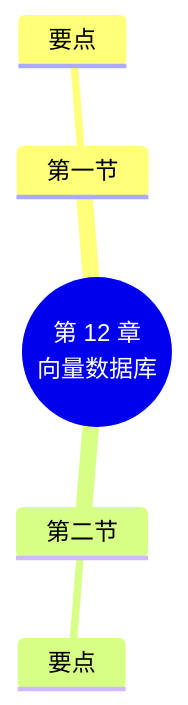
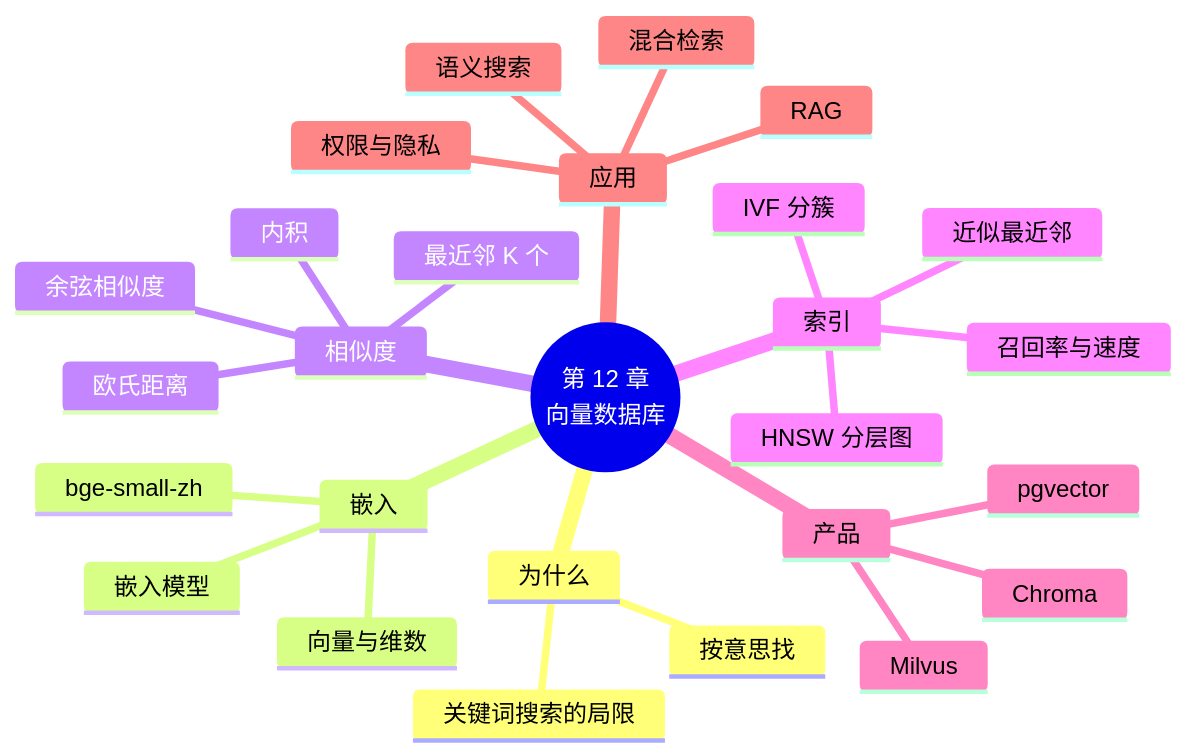
One commit to MingziFu9/database-textbook changed the second of 2 diagrams in docs/chapters/12-vector-db/index.md. Above: the diagram before and after it, drawn with Mermaid. The commit also changed other lines of this file and 8 other files, not shown here.

First line of the commit message:
第 12 章：向量数据库原理，相似度手算、Chroma、pgvector 与 HNSW 召回率实测；bge 语义搜索待实测

````diff
--- a/docs/chapters/12-vector-db/index.md
+++ b/docs/chapters/12-vector-db/index.md
@@ -185,8 +616,30 @@
 ```mermaid
 mindmap
   root((第 12 章<br/>向量数据库))
-    第一节
-      要点
-    第二节
-      要点
+    为什么
+      关键词搜索的局限
+      按意思找
+    嵌入
+      向量与维数
+      嵌入模型
+      bge-small-zh
+    相似度
+      内积
+      欧氏距离
+      余弦相似度
+      最近邻 K 个
+    索引
+      近似最近邻
+      IVF 分簇
+      HNSW 分层图
+      召回率与速度
+    产品
+      Chroma
+      pgvector
+      Milvus
+    应用
+      语义搜索
+      RAG
+      混合检索
+      权限与隐私
 ```
````
